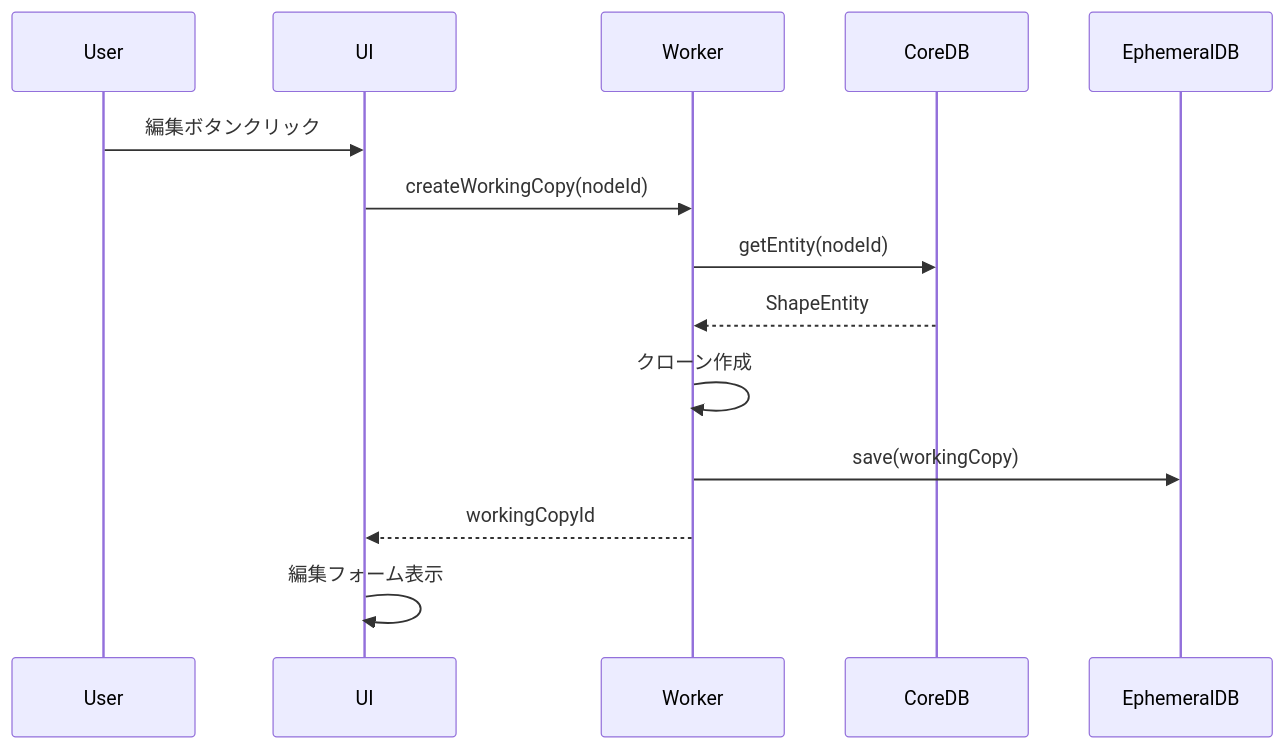
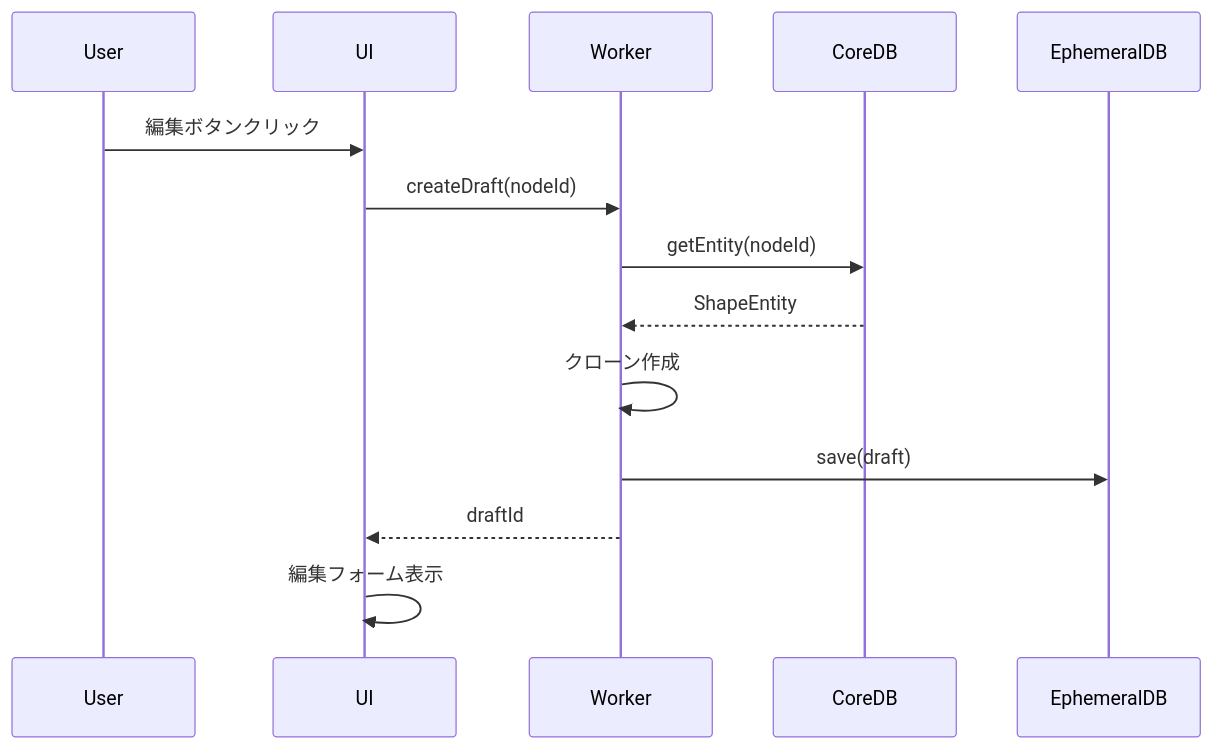
The first of 3 diagrams in plugins/shape-plugin/docs/WORKING_COPY_PATTERN.md (kubohiroya/hierarchidb), drawn with Mermaid before and after one commit. The commit also changed other lines of this file and 796 other files, not shown here.

````diff
--- a/plugins/shape-plugin/docs/WORKING_COPY_PATTERN.md
+++ b/plugins/shape-plugin/docs/WORKING_COPY_PATTERN.md
@@ -77,17 +77,17 @@
 ```mermaid
 sequenceDiagram
     participant User
     participant UI
     participant Worker
     participant CoreDB
     participant EphemeralDB
     
     User->>UI: 編集ボタンクリック
-    UI->>Worker: createWorkingCopy(nodeId)
+    UI->>Worker: createDraft(nodeId)
     Worker->>CoreDB: getEntity(nodeId)
     CoreDB-->>Worker: ShapeEntity
     Worker->>Worker: クローン作成
-    Worker->>EphemeralDB: save(workingCopy)
-    Worker-->>UI: workingCopyId
+    Worker->>EphemeralDB: save(draft)
+    Worker-->>UI: draftId
     UI->>UI: 編集フォーム表示
 ```
````
